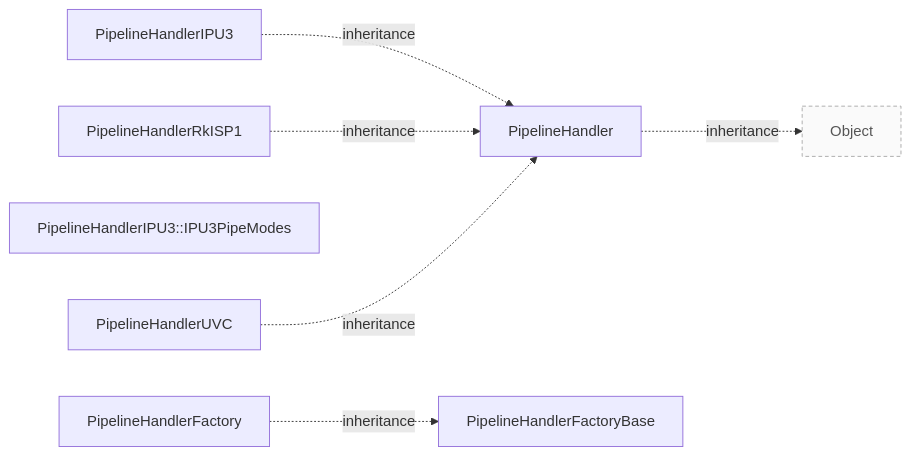
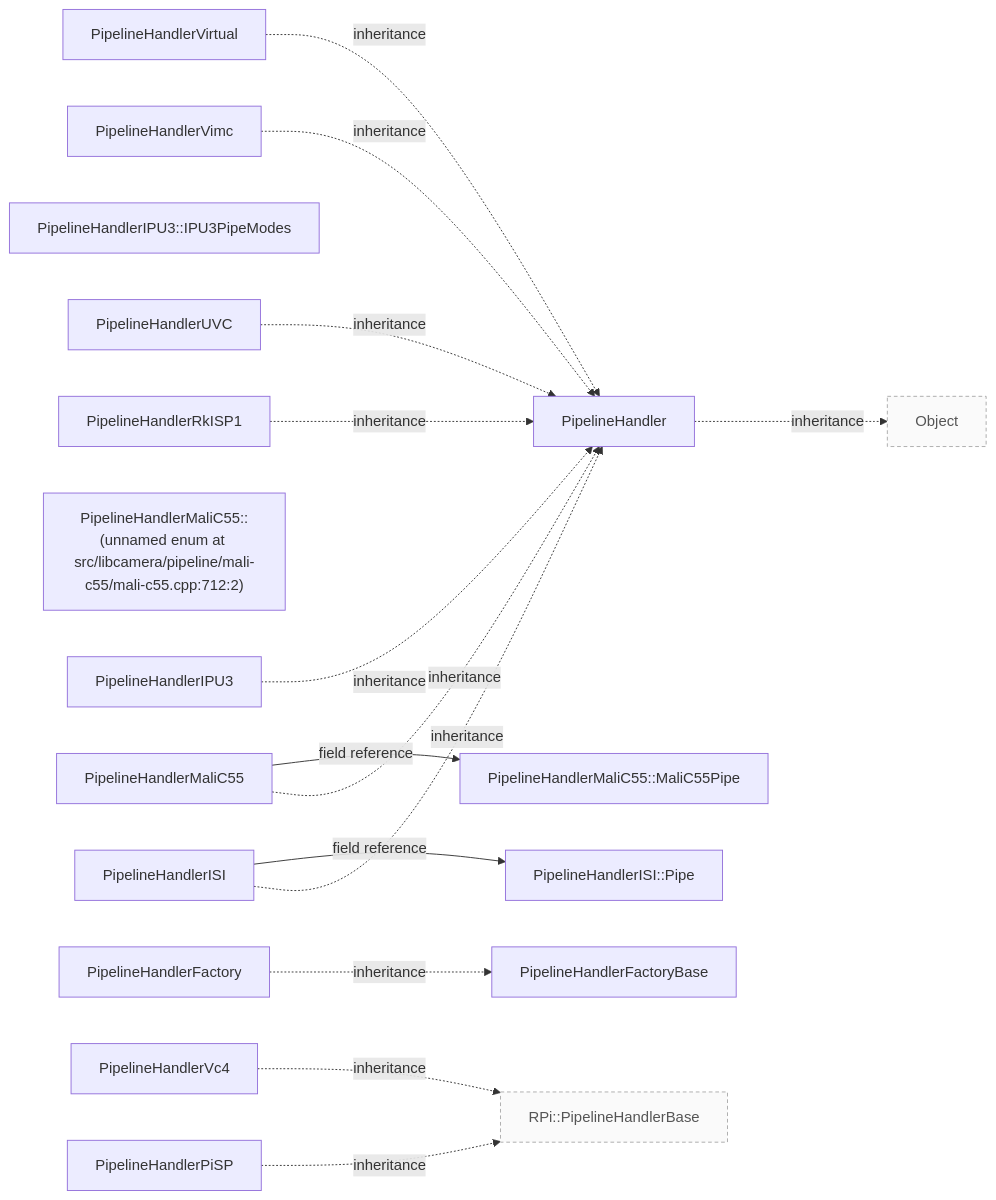
The diagram in docs/en/pipeline-handler.mmd (TTolsun/libcamera-sdd), drawn with Mermaid before and after one commit. The commit also changed 61 other files, not shown here.

```diff
--- a/docs/en/pipeline-handler.mmd
+++ b/docs/en/pipeline-handler.mmd
@@ -1,15 +1,33 @@
 flowchart LR
   c0["Object"]:::context
   c1["PipelineHandler"]
   c2["PipelineHandlerFactory"]
   c3["PipelineHandlerFactoryBase"]
   c4["PipelineHandlerIPU3"]
   c5["PipelineHandlerIPU3::IPU3PipeModes"]
-  c6["PipelineHandlerRkISP1"]
-  c7["PipelineHandlerUVC"]
+  c6["PipelineHandlerISI"]
+  c7["PipelineHandlerISI::Pipe"]
+  c8["PipelineHandlerMaliC55"]
+  c9["PipelineHandlerMaliC55::(unnamed enum at src/libcamera/pipeline/mali-c55/mali-c55.cpp:712:2)"]
+  c10["PipelineHandlerMaliC55::MaliC55Pipe"]
+  c11["PipelineHandlerPiSP"]
+  c12["PipelineHandlerRkISP1"]
+  c13["PipelineHandlerUVC"]
+  c14["PipelineHandlerVc4"]
+  c15["PipelineHandlerVimc"]
+  c16["PipelineHandlerVirtual"]
+  c17["RPi::PipelineHandlerBase"]:::context
   c1 -.->|inheritance| c0
   c2 -.->|inheritance| c3
   c4 -.->|inheritance| c1
   c6 -.->|inheritance| c1
-  c7 -.->|inheritance| c1
+  c6 -->|field reference| c7
+  c8 -.->|inheritance| c1
+  c8 -->|field reference| c10
+  c11 -.->|inheritance| c17
+  c12 -.->|inheritance| c1
+  c13 -.->|inheritance| c1
+  c14 -.->|inheritance| c17
+  c15 -.->|inheritance| c1
+  c16 -.->|inheritance| c1
   classDef context fill:#fafafa,stroke:#aaa,stroke-dasharray:4 3,color:#555
```
